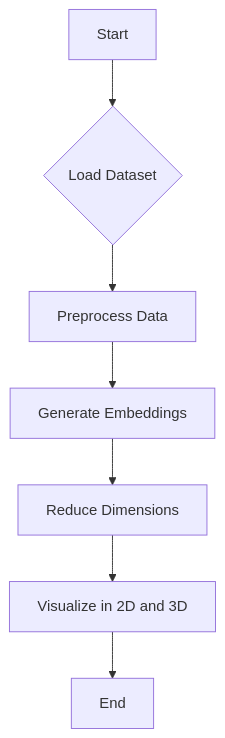
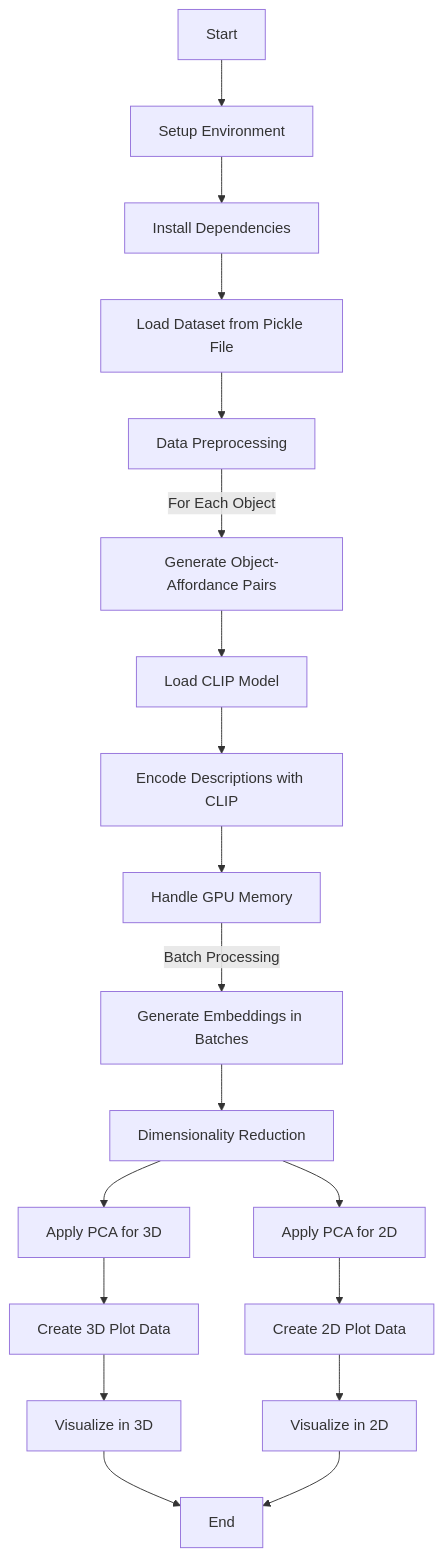
The diagram in README.md (karanwxliaa/3d-Affordance-CLIP-Embeddings), drawn with Mermaid before and after one commit.

````diff
--- a/README.md
+++ b/README.md
@@ -38,9 +38,22 @@
 ```mermaid
-flowchart TD
-    A[Start] --> B{Load Dataset}
-    B --> C[Preprocess Data]
-    C --> D[Generate Embeddings]
-    D --> E[Reduce Dimensions]
-    E --> F[Visualize in 2D and 3D]
-    F --> G[End]
+flowchart TB
+    A[Start] --> B[Setup Environment]
+    B --> C[Install Dependencies]
+    C --> D[Load Dataset from Pickle File]
+    D --> E[Data Preprocessing]
+    E -->|For Each Object| F[Generate Object-Affordance Pairs]
+    F --> G[Load CLIP Model]
+    G --> H[Encode Descriptions with CLIP]
+    H --> I[Handle GPU Memory]
+    I -->|Batch Processing| J[Generate Embeddings in Batches]
+    J --> K[Dimensionality Reduction]
+    K --> L[Apply PCA for 3D]
+    K --> M[Apply PCA for 2D]
+    L --> N[Create 3D Plot Data]
+    M --> O[Create 2D Plot Data]
+    N --> P[Visualize in 3D]
+    O --> Q[Visualize in 2D]
+    P --> R[End]
+    Q --> R
+
 ```
````
